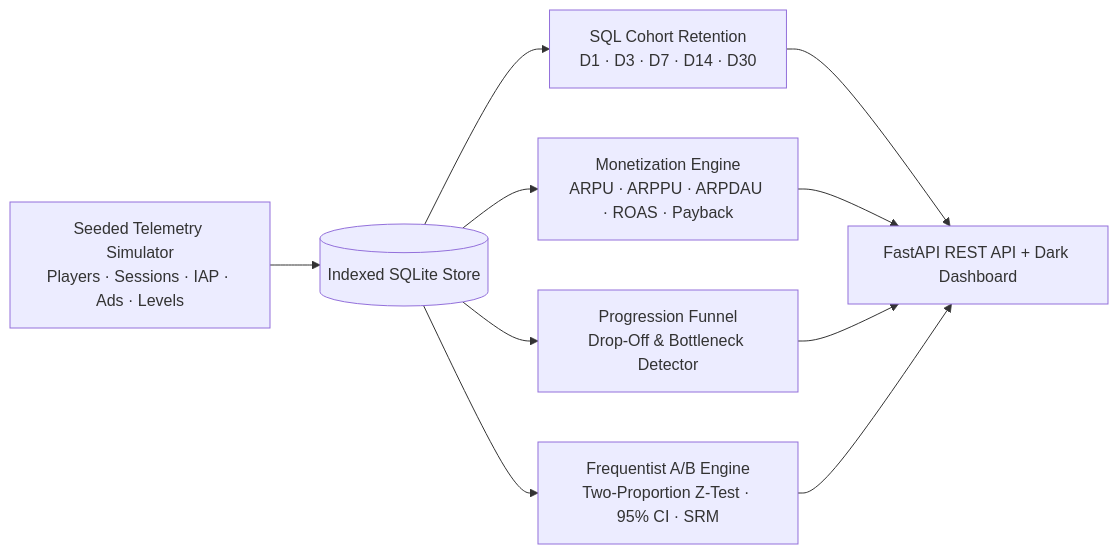
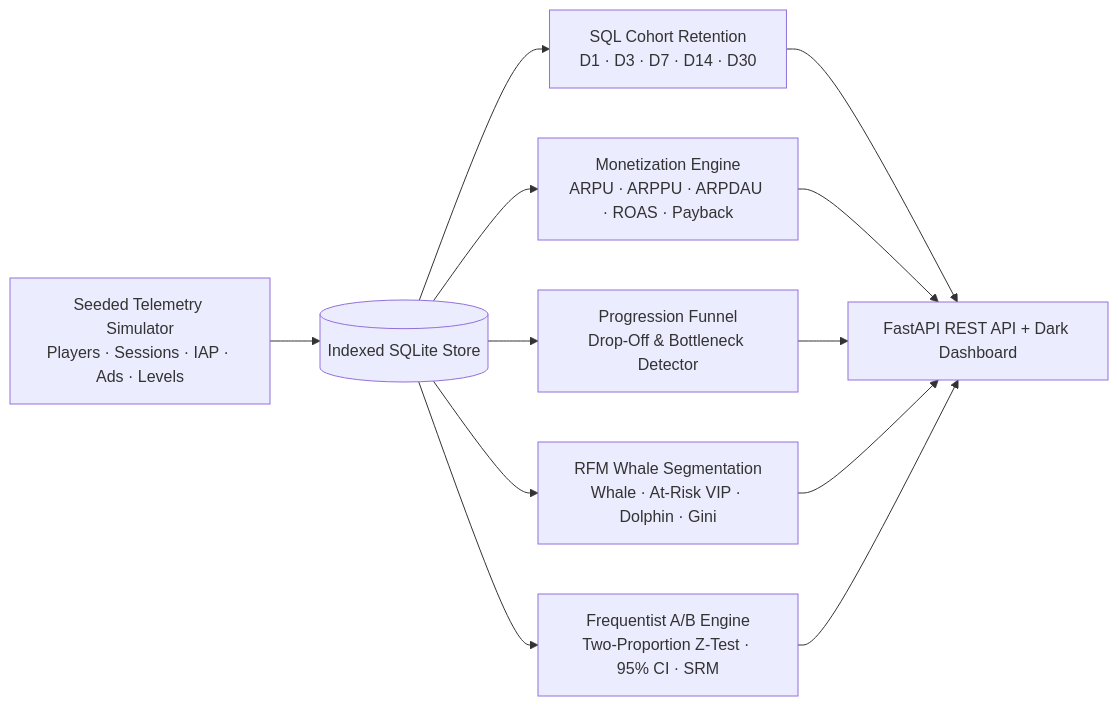
Before and after one commit to Bugraciftci/GamePulse-Analytics: the diagram in README.md, drawn with Mermaid. The commit also changed other lines of this file and 2 other files, not shown here.

Commit message:
Feat: Add RFM Whale Segmentation & Gini KPIs to live dashboard, fix ResourceWarning & update README

````diff
--- a/README.md
+++ b/README.md
@@ -16,9 +16,10 @@
 ```mermaid
 flowchart LR
     GEN["Seeded Telemetry Simulator<br/>Players · Sessions · IAP · Ads · Levels"] --> DB[(Indexed SQLite Store)]
     DB --> RET["SQL Cohort Retention<br/>D1 · D3 · D7 · D14 · D30"]
     DB --> LTV["Monetization Engine<br/>ARPU · ARPPU · ARPDAU · ROAS · Payback"]
     DB --> FUN["Progression Funnel<br/>Drop-Off & Bottleneck Detector"]
+    DB --> RFM["RFM Whale Segmentation<br/>Whale · At-Risk VIP · Dolphin · Gini"]
     DB --> AB["Frequentist A/B Engine<br/>Two-Proportion Z-Test · 95% CI · SRM"]
-    RET & LTV & FUN & AB --> API["FastAPI REST API + Dark Dashboard"]
+    RET & LTV & FUN & RFM & AB --> API["FastAPI REST API + Dark Dashboard"]
 ```
````
